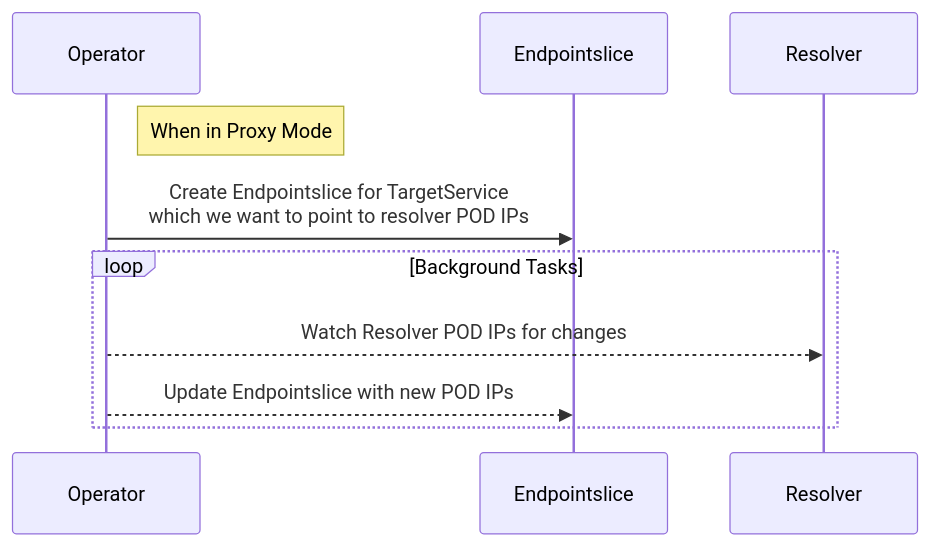
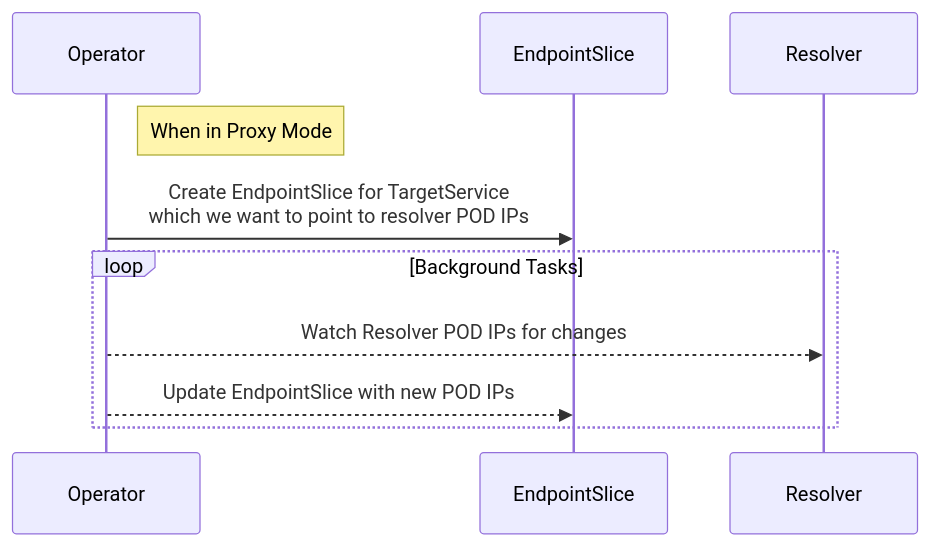
Before and after one commit to truefoundry/elasti: the fifth of 10 diagrams in docs/src/arch-flow.md, drawn with Mermaid. The commit also changed other lines of this file and 5 other files, not shown here.

````diff
--- a/docs/src/arch-flow.md
+++ b/docs/src/arch-flow.md
@@ -105,12 +105,12 @@
 ```mermaid
 sequenceDiagram
 
 Note right of Operator: When in Proxy Mode
 
-    Operator->>Endpointslice: Create Endpointslice for TargetService<br> which we want to point to resolver POD IPs
+    Operator->>EndpointSlice: Create EndpointSlice for TargetService<br> which we want to point to resolver POD IPs
 
     loop Background Tasks
     Operator-->>Resolver: Watch Resolver POD IPs for changes
-    Operator-->>Endpointslice: Update Endpointslice with new POD IPs
+    Operator-->>EndpointSlice: Update EndpointSlice with new POD IPs
     end
 ```
````
